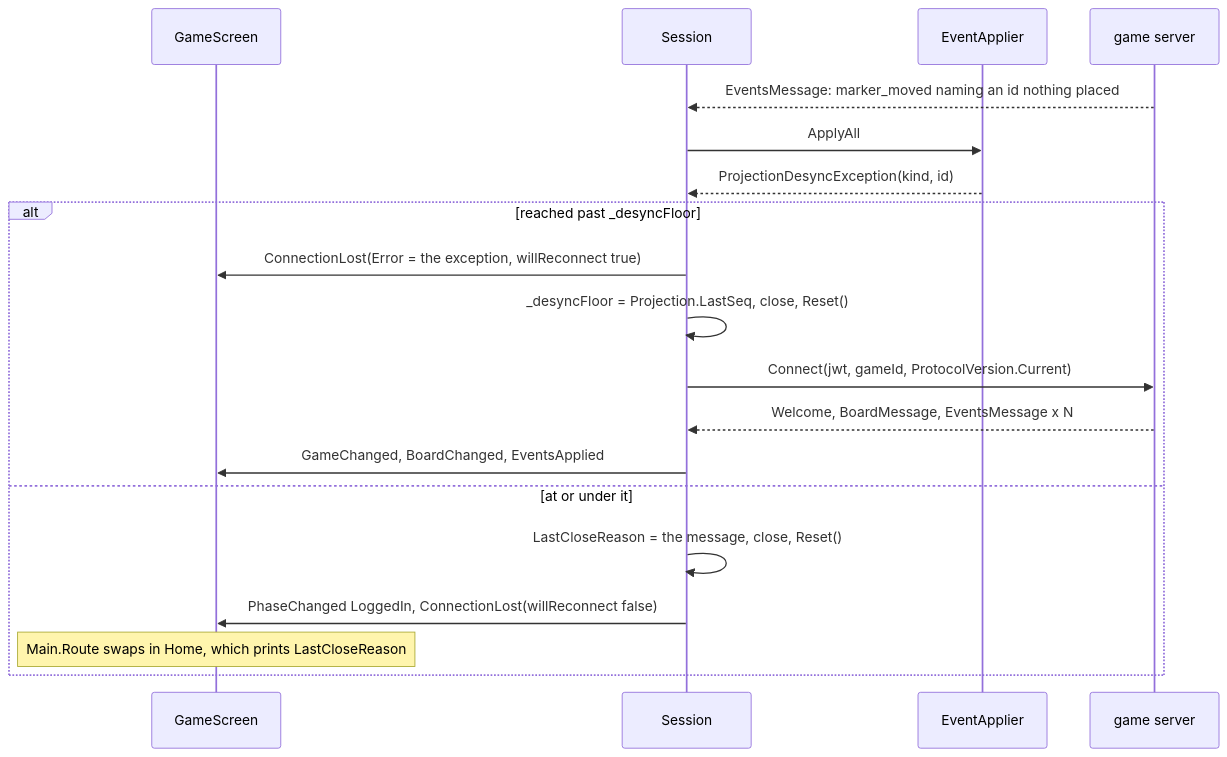
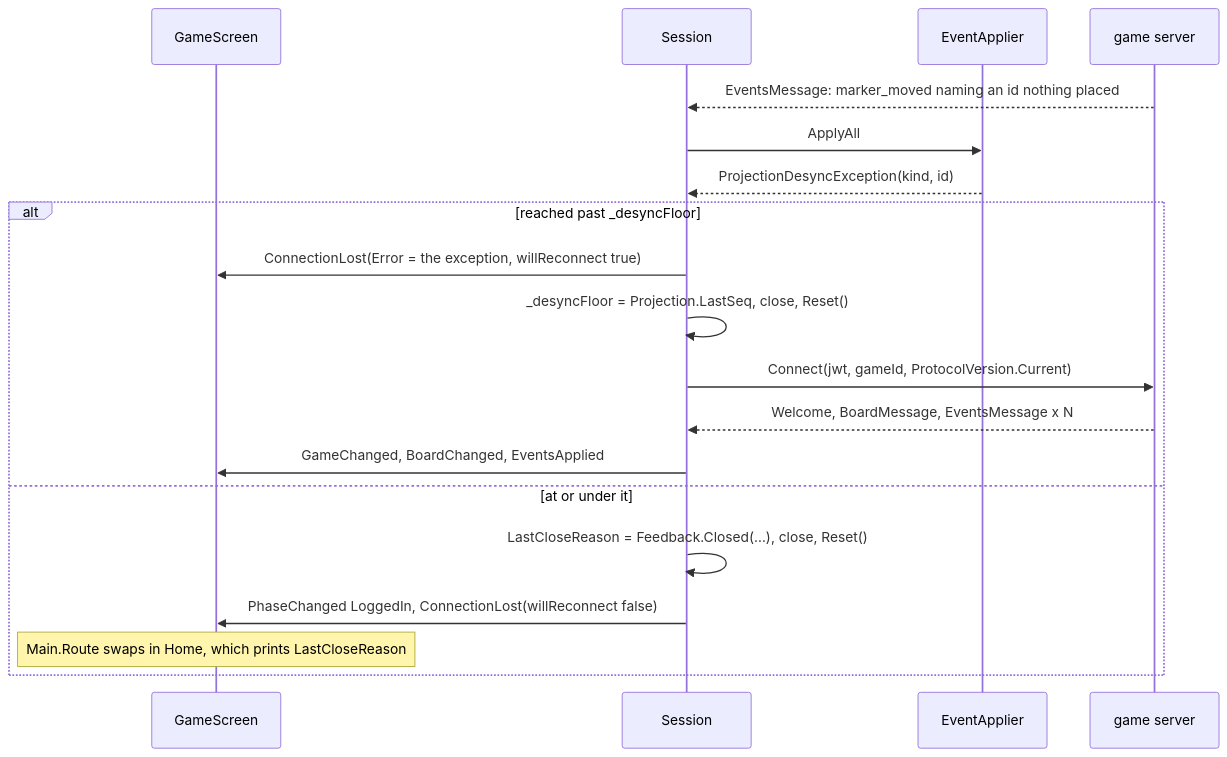
Before and after one commit to cstupi/tabletop: the third of 5 diagrams in docs/design/client/sequences.md, drawn with Mermaid. The commit also changed 7 other files, not shown here.

````diff
--- a/docs/design/client/sequences.md
+++ b/docs/design/client/sequences.md
@@ -81,21 +81,21 @@
 ```mermaid
 sequenceDiagram
   participant SC as GameScreen
   participant S as Session
   participant A as EventApplier
   participant GS as game server
   GS-->>S: EventsMessage: marker_moved naming an id nothing placed
   S->>A: ApplyAll
   A-->>S: ProjectionDesyncException(kind, id)
   alt reached past _desyncFloor
     S->>SC: ConnectionLost(Error = the exception, willReconnect true)
     S->>S: _desyncFloor = Projection.LastSeq, close, Reset()
     S->>GS: Connect(jwt, gameId, ProtocolVersion.Current)
     GS-->>S: Welcome, BoardMessage, EventsMessage x N
     S->>SC: GameChanged, BoardChanged, EventsApplied
   else at or under it
-    S->>S: LastCloseReason = the message, close, Reset()
+    S->>S: LastCloseReason = Feedback.Closed(…), close, Reset()
     S->>SC: PhaseChanged LoggedIn, ConnectionLost(willReconnect false)
     Note over SC: Main.Route swaps in Home, which prints LastCloseReason
   end
 ```
````
